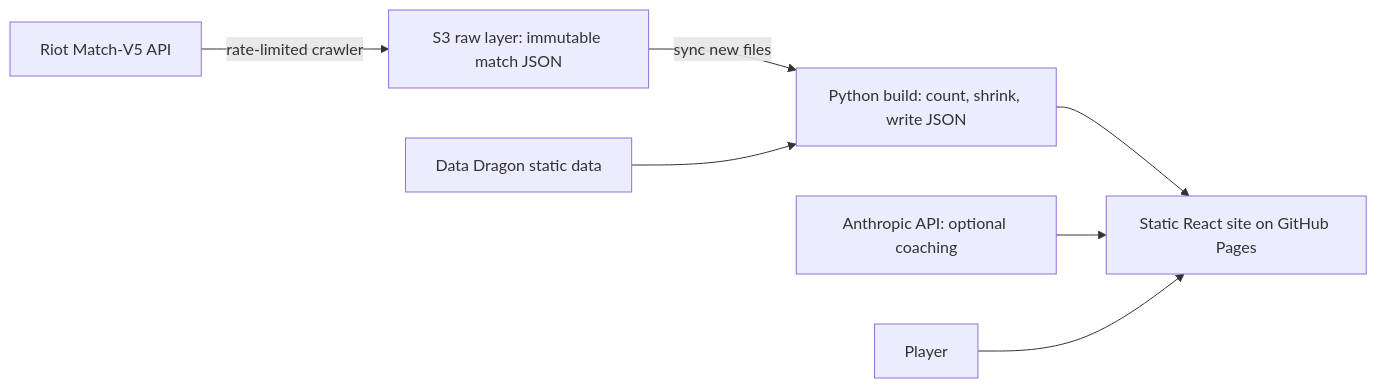
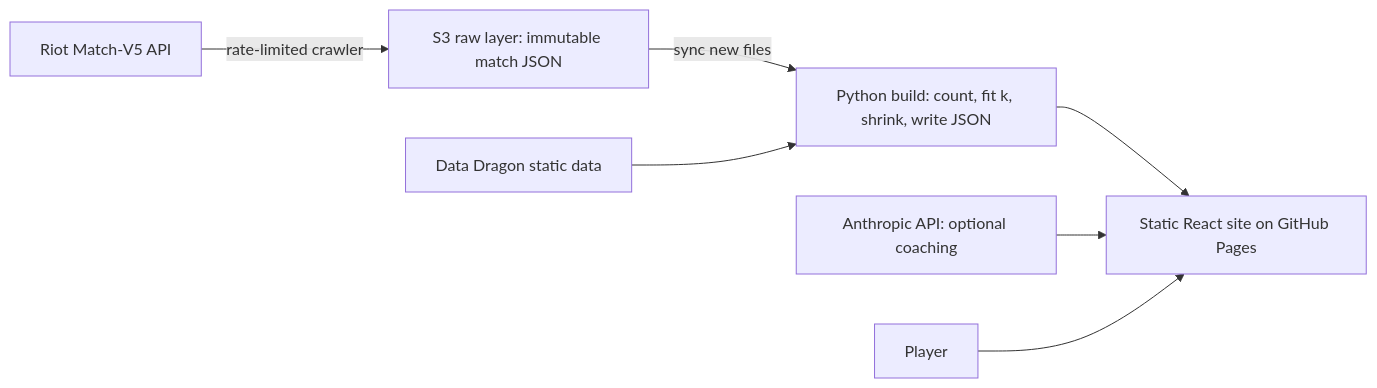
The diagram in README.md (lyonstran/lol-matchup-analytics), drawn with Mermaid before and after one commit. The commit also changed other lines of this file and 7 other files, not shown here.

Commit message:
README: fitted k, honest match-level backtest, backtest figure

````diff
--- a/README.md
+++ b/README.md
@@ -125,9 +150,9 @@
 ```mermaid
 flowchart LR
     Riot["Riot Match-V5 API"] -->|"rate-limited crawler"| S3["S3 raw layer: immutable match JSON"]
-    S3 -->|"sync new files"| Build["Python build: count, shrink, write JSON"]
+    S3 -->|"sync new files"| Build["Python build: count, fit k, shrink, write JSON"]
     DDragon["Data Dragon static data"] --> Build
     Build --> Site["Static React site on GitHub Pages"]
     Claude["Anthropic API: optional coaching"] --> Site
     User["Player"] --> Site
 ```
````
